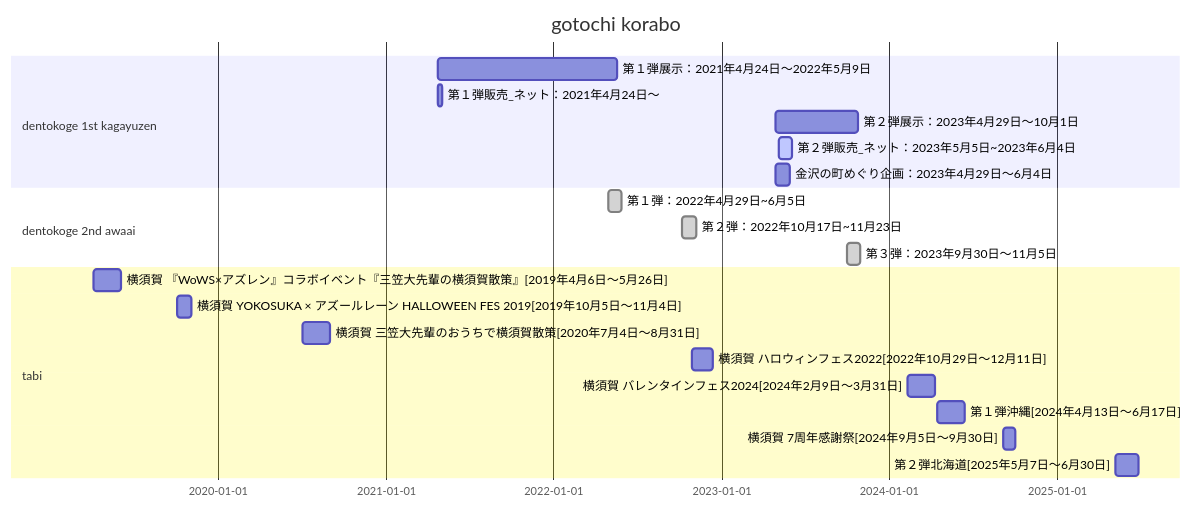
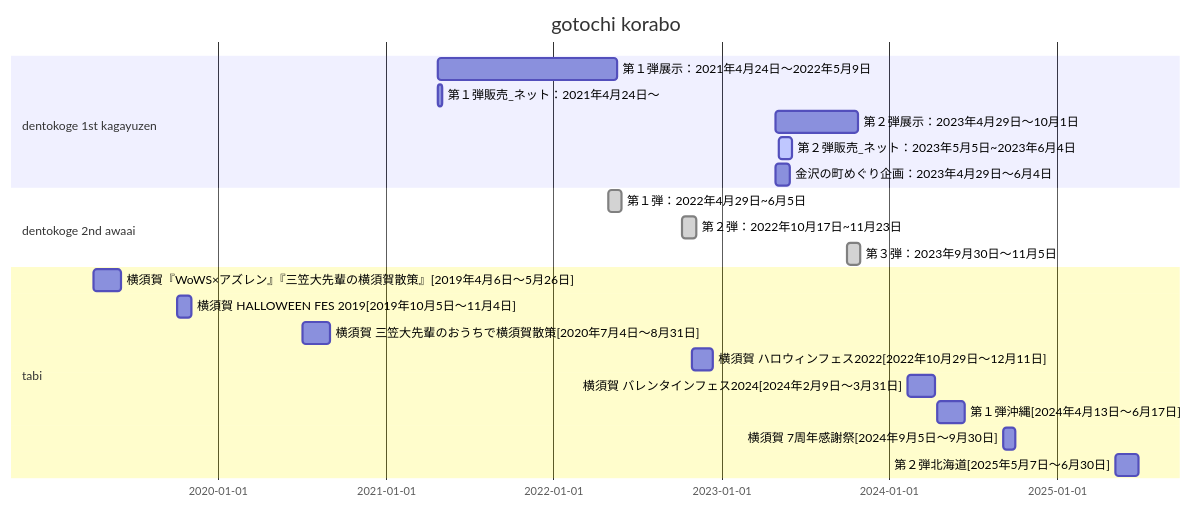
One commit to JihongNMI/SQL-and-Java changed the diagram in 정리_세계시간.md. Above: the diagram before and after it, drawn with Mermaid.

````diff
--- a/정리_세계시간.md
+++ b/정리_세계시간.md
@@ -1,33 +1,33 @@
 ```mermaid
 gantt
     title gotochi korabo
     dateFormat  YYYY-MM-DD
 
     section dentokoge 1st kagayuzen
     第１弾展示：2021年4月24日～2022年5月9日    :    2021-04-24, 390d
     第１弾販売_ネット：2021年4月24日～    :    2021-04-24, 10d
     
     第２弾展示：2023年4月29日～10月1日    :    2023-04-29, 180d
     第２弾販売_ネット：2023年5月5日~2023年6月4日    :    active, 2023-05-05, 30d
     金沢の町めぐり企画：2023年4月29日～6月4日    :    2023-04-29, 30d
 
     section dentokoge 2nd awaai
     第１弾：2022年4月29日~6月5日    :    done, 2022-04-29, 30d
     第２弾：2022年10月17日~11月23日    :    done, 2022-10-07, 30d
     第３弾：2023年9月30日～11月5日    :    done, 2023-09-30, 30d
 
     section tabi
-    横須賀 『WoWS×アズレン』コラボイベント『三笠大先輩の横須賀散策』[2019年4月6日～5月26日]    :    2019-04-06, 60d
-    横須賀 YOKOSUKA × アズールレーン HALLOWEEN FES 2019[2019年10月5日～11月4日]    :    2019-10-05, 30d
+    横須賀『WoWS×アズレン』『三笠大先輩の横須賀散策』[2019年4月6日～5月26日]    :    2019-04-06, 60d
+    横須賀 HALLOWEEN FES 2019[2019年10月5日～11月4日]    :    2019-10-05, 30d
 
     横須賀 三笠大先輩のおうちで横須賀散策[2020年7月4日～8月31日]    :    2020-07-04, 60d
 
     横須賀 ハロウィンフェス2022[2022年10月29日～12月11日]    :    2022-10-29, 45d
 
     横須賀 バレンタインフェス2024[2024年2月9日～3月31日]    :    2024-02-09, 60d
     第１弾沖縄[2024年4月13日～6月17日]    :    2024-04-13, 60d
     横須賀 7周年感謝祭[2024年9月5日～9月30日]    :    2024-09-05, 25d
 
     第２弾北海道[2025年5月7日～6月30日]    :    2025-05-07, 50d
 
 ```
````
